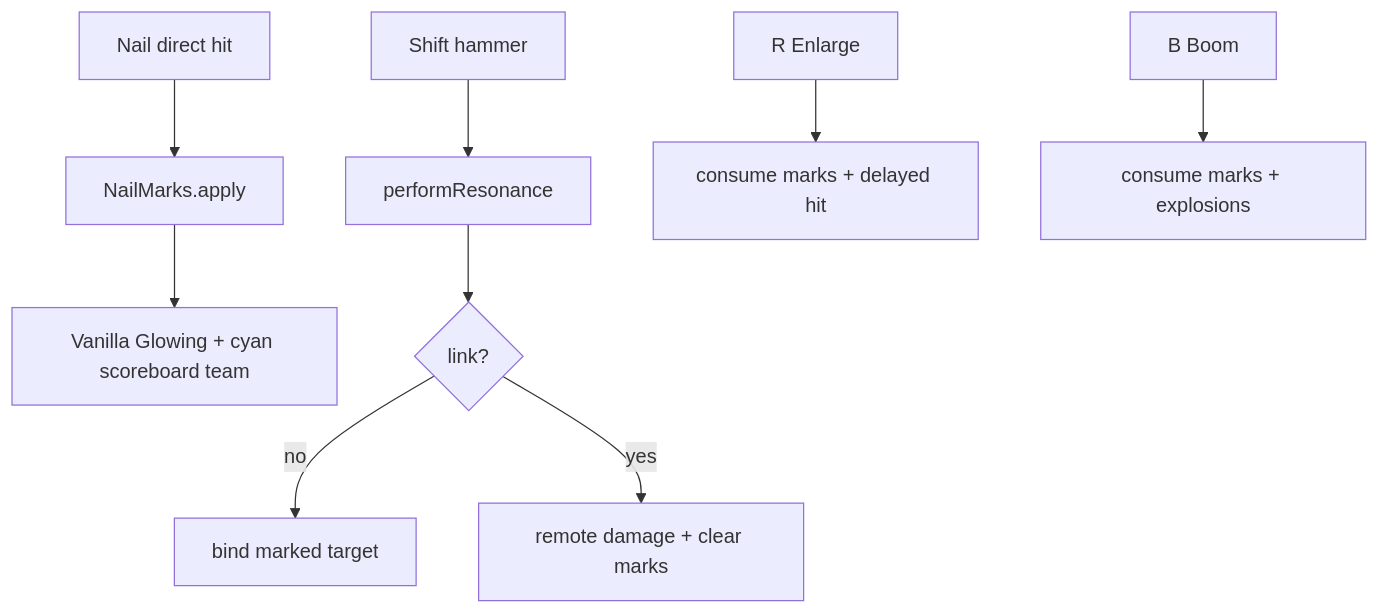
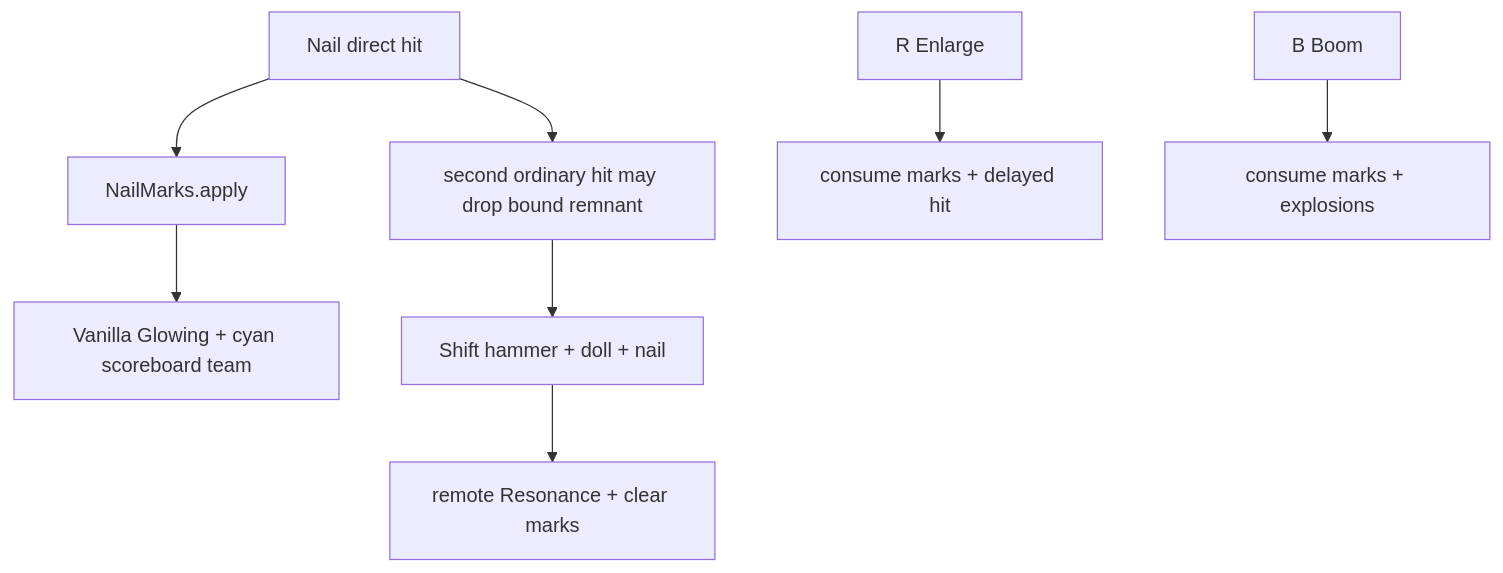
Before and after one commit to grebeshok105/jujutsu-minecraft: the diagram in Jujutsu Kaizen/jujutsumod-codebase-codex/03-systems/Target-marks-and-resonance.md, drawn with Mermaid. The commit also changed other lines of this file and 13 other files, not shown here.

Commit message:
docs(nobara): document straw doll resonance

````diff
--- a/Jujutsu Kaizen/jujutsumod-codebase-codex/03-systems/Target-marks-and-resonance.md
+++ b/Jujutsu Kaizen/jujutsumod-codebase-codex/03-systems/Target-marks-and-resonance.md
@@ -69,11 +56,10 @@
 ```mermaid
 flowchart TD
   hit[Nail direct hit] --> apply[NailMarks.apply]
   apply --> glow[Vanilla Glowing + cyan scoreboard team]
-  shift[Shift hammer] --> res[performResonance]
-  res --> bind{link?}
-  bind -->|no| bindT[bind marked target]
-  bind -->|yes| strike[remote damage + clear marks]
+  hit --> remnant[second ordinary hit may drop bound remnant]
+  remnant --> ritual[Shift hammer + doll + nail]
+  ritual --> strike[remote Resonance + clear marks]
   keyR[R Enlarge] --> enlarge[consume marks + delayed hit]
   keyB[B Boom] --> boom[consume marks + explosions]
 ```
````
